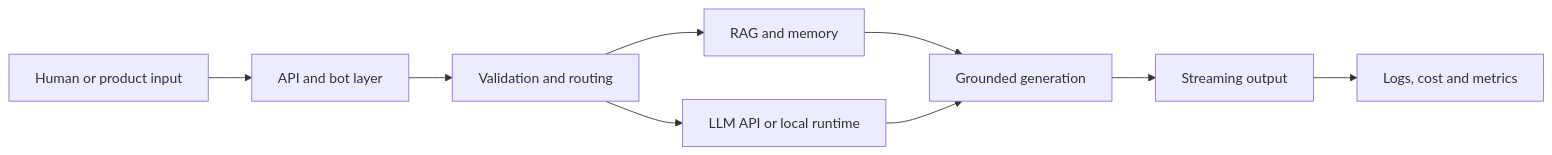
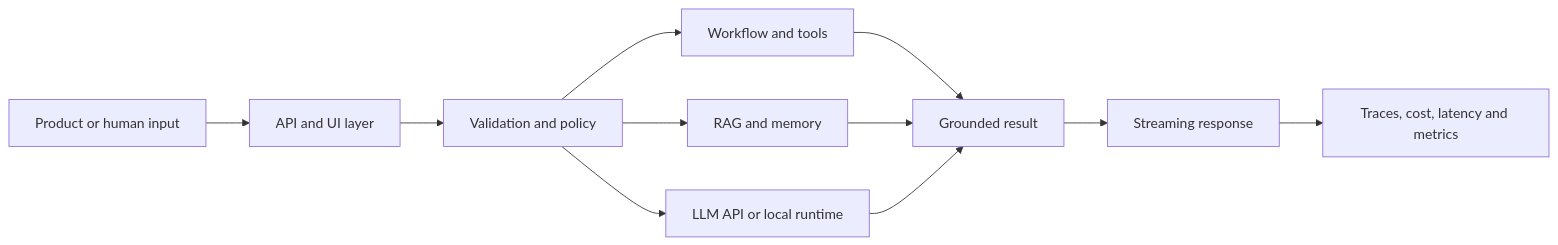
One commit to AegisRed/AegisRed changed the diagram in README.md. Above: the diagram before and after it, drawn with Mermaid. The commit also changed other lines of this file, not shown here.

````diff
--- a/README.md
+++ b/README.md
@@ -91,11 +80,13 @@
 ```mermaid
 flowchart LR
-    A[Human or product input] --> B[API and bot layer]
-    B --> C[Validation and routing]
-    C --> D[RAG and memory]
-    C --> E[LLM API or local runtime]
-    D --> F[Grounded generation]
-    E --> F
-    F --> G[Streaming output]
-    G --> H[Logs, cost and metrics]
+    A[Product or human input] --> B[API and UI layer]
+    B --> C[Validation and policy]
+    C --> D[Workflow and tools]
+    C --> E[RAG and memory]
+    C --> F[LLM API or local runtime]
+    D --> G[Grounded result]
+    E --> G
+    F --> G
+    G --> H[Streaming response]
+    H --> I[Traces, cost, latency and metrics]
 ```
````
